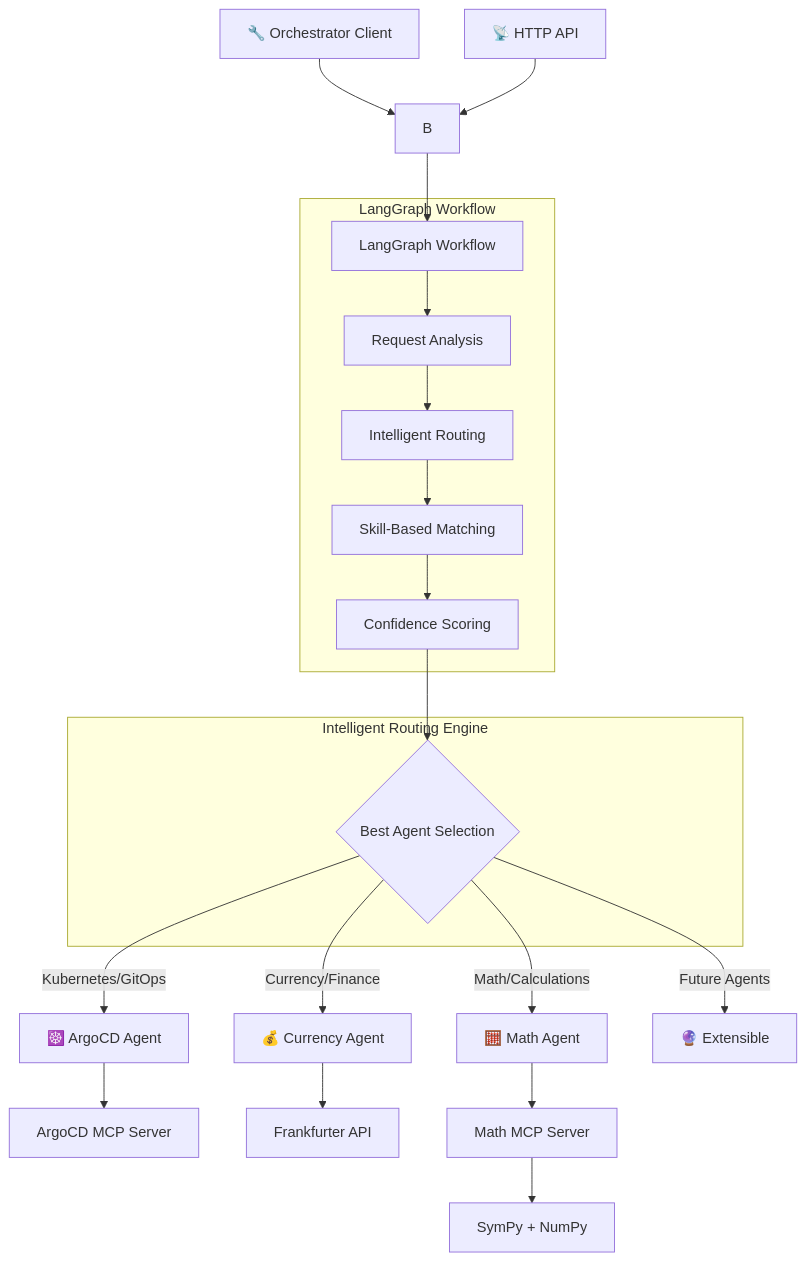
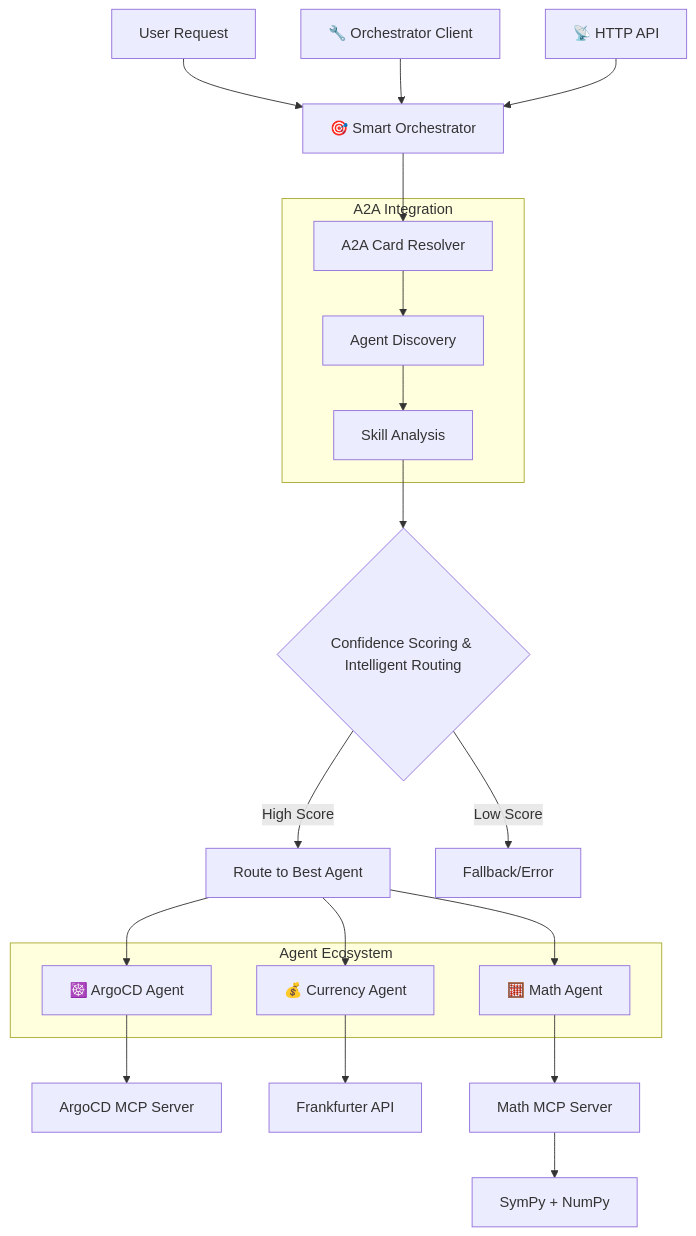
Before and after one commit to aichestra/aichestra: the diagram in README.md, drawn with Mermaid. The commit also changed other lines of this file and 13 other files, not shown here.

````diff
--- a/README.md
+++ b/README.md
@@ -26,35 +31,35 @@
 ```mermaid
 graph TD
-    B --> C[LangGraph Workflow]
-    C --> D[Request Analysis]
-    D --> E[Intelligent Routing]
-    E --> F[Skill-Based Matching]
-    F --> G[Confidence Scoring]
-    G --> H{Best Agent Selection}
-    H -->|Kubernetes/GitOps| I[☸️ ArgoCD Agent]
-    H -->|Currency/Finance| J[💰 Currency Agent]
-    H -->|Math/Calculations| K[🧮 Math Agent]
-    H -->|Future Agents| L[🔮 Extensible]
+    A[User Request] --> B[🎯 Smart Orchestrator]
+    B --> C[A2A Card Resolver]
+    C --> D[Agent Discovery]
+    D --> E[Skill Analysis]
+    E --> F{Confidence Scoring & Intelligent Routing}
     
-    I --> M[ArgoCD MCP Server]
-    J --> N[Frankfurter API]
-    K --> O[Math MCP Server]
-    O --> P[SymPy + NumPy]
+    F -->|High Score| G[Route to Best Agent]
+    F -->|Low Score| H[Fallback/Error]
     
-    Q[🔧 Orchestrator Client] --> B
-    R[📡 HTTP API] --> B
+    G --> I[☸️ ArgoCD Agent]
+    G --> J[💰 Currency Agent]  
+    G --> K[🧮 Math Agent]
     
-    subgraph "LangGraph Workflow"
+    I --> L[ArgoCD MCP Server]
+    J --> M[Frankfurter API]
+    K --> N[Math MCP Server]
+    N --> O[SymPy + NumPy]
+    
+    P[🔧 Orchestrator Client] --> B
+    Q[📡 HTTP API] --> B
+    
+    subgraph "A2A Integration"
         C
         D
         E
-        F
-        G
     end
     
-    subgraph "Intelligent Routing Engine"
-        F
-        G
-        H
+    subgraph "Agent Ecosystem"
+        I
+        J
+        K
     end
 ```
````
